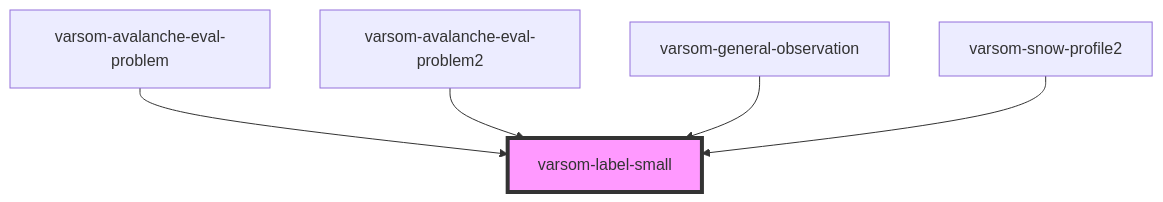
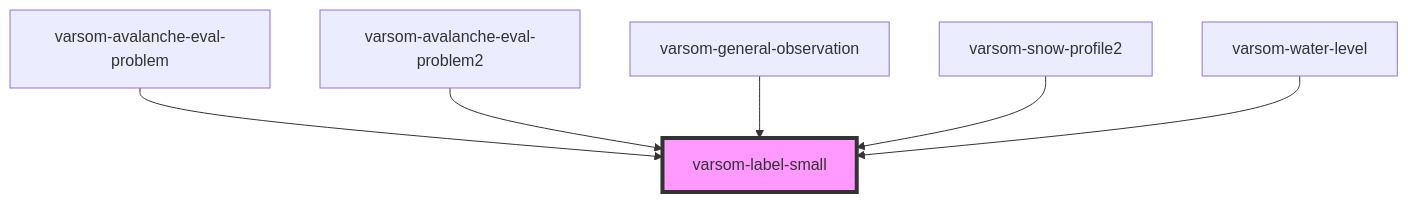
One commit to NVE/varsom-observation changed the diagram in observasjonskort/src/components/varsom-label-small/readme.md. Above: the diagram before and after it, drawn with Mermaid. The commit also changed other lines of this file and 9 other files, not shown here.

Commit message:
updated water-level component

````diff
--- a/observasjonskort/src/components/varsom-label-small/readme.md
+++ b/observasjonskort/src/components/varsom-label-small/readme.md
@@ -25,8 +26,9 @@
 ```mermaid
 graph TD;
   varsom-avalanche-eval-problem --> varsom-label-small
   varsom-avalanche-eval-problem2 --> varsom-label-small
   varsom-general-observation --> varsom-label-small
   varsom-snow-profile2 --> varsom-label-small
+  varsom-water-level --> varsom-label-small
   style varsom-label-small fill:#f9f,stroke:#333,stroke-width:4px
 ```
````
